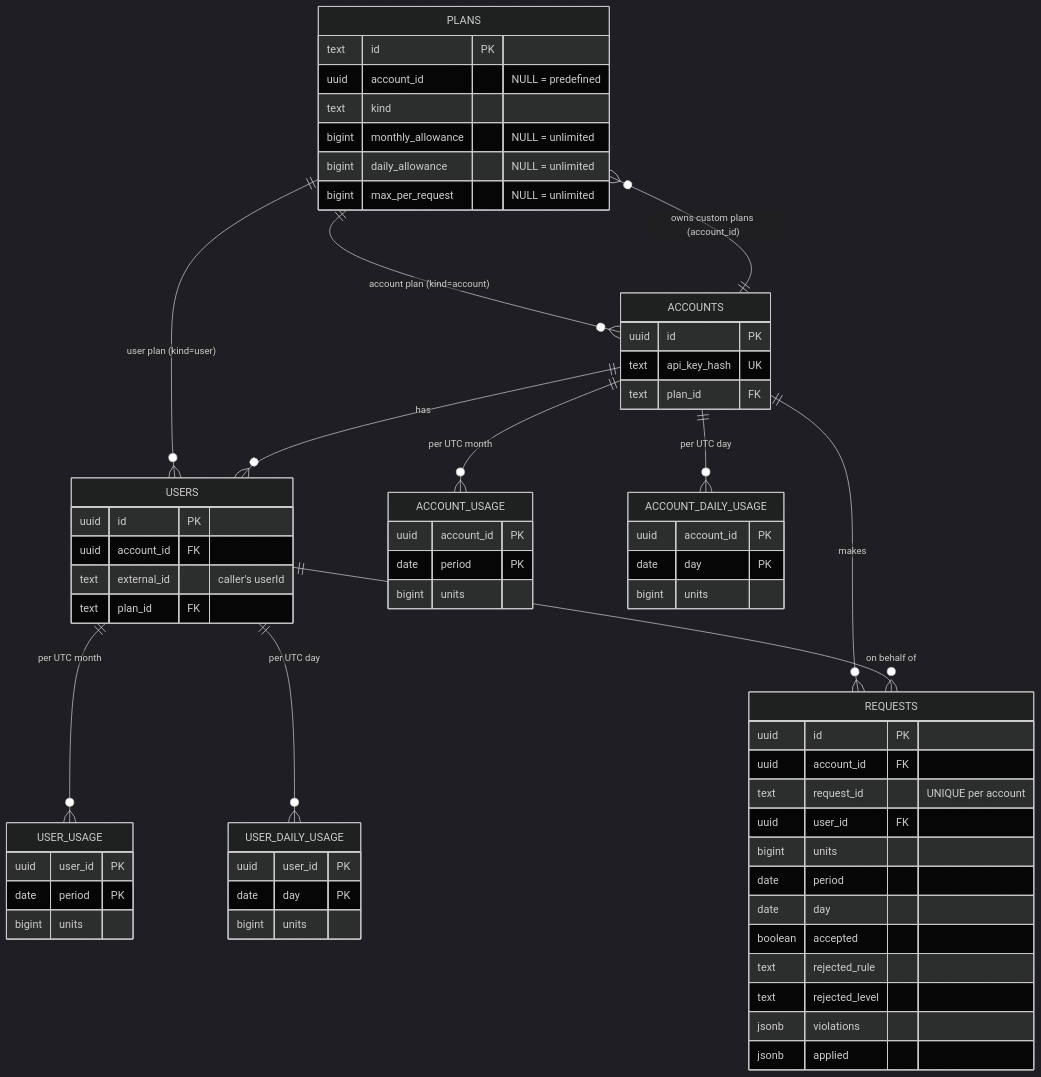
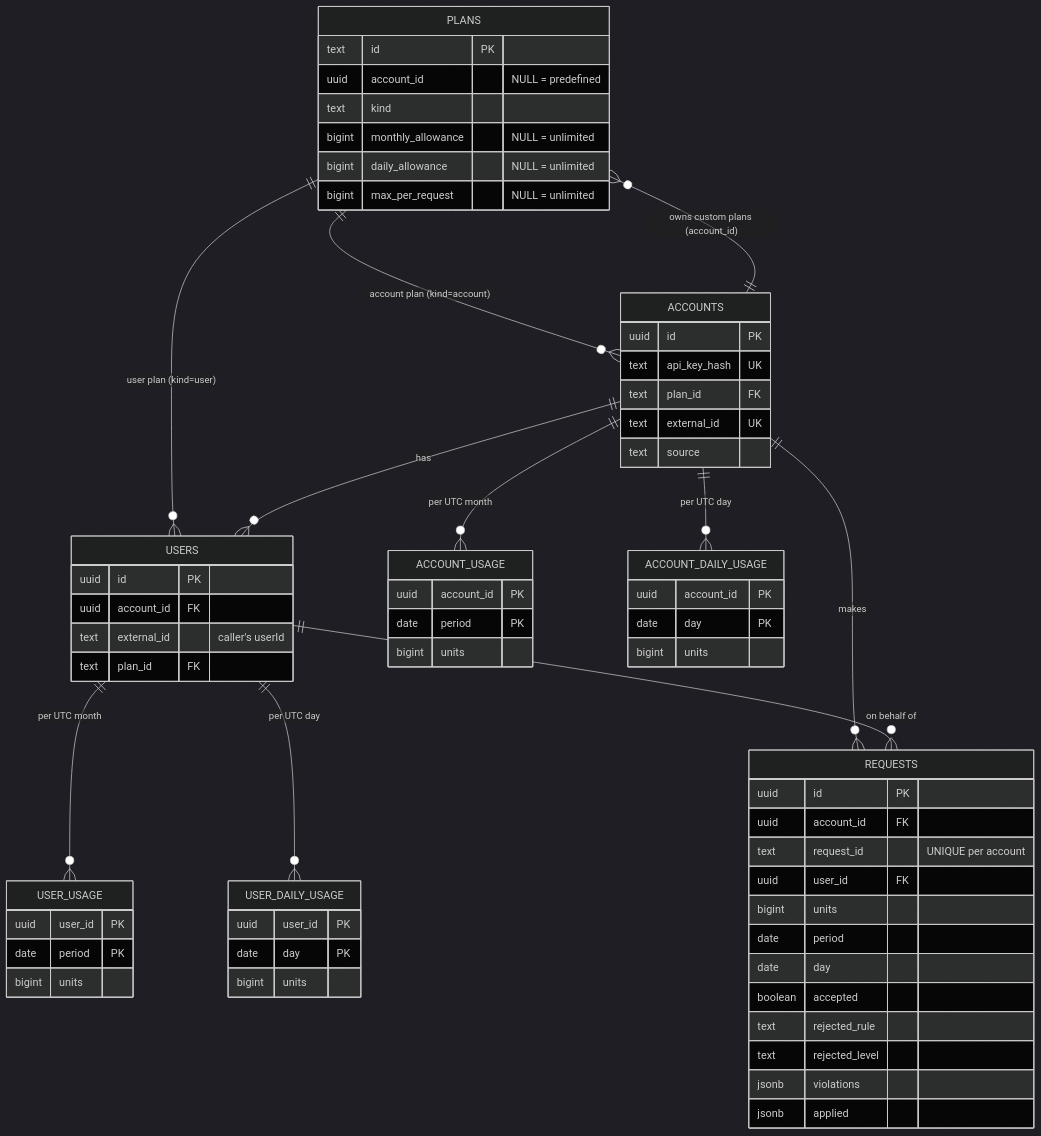
The diagram in docs/DATA_MODEL.md (Deya-Rimawi/usage-metering-quota-service), drawn with Mermaid (dark theme) before and after one commit. The commit also changed other lines of this file and 8 other files, not shown here.

````diff
--- a/docs/DATA_MODEL.md
+++ b/docs/DATA_MODEL.md
@@ -5,21 +5,21 @@
 ```mermaid
 erDiagram
   PLANS ||--o{ ACCOUNTS : "account plan (kind=account)"
   PLANS ||--o{ USERS : "user plan (kind=user)"
   ACCOUNTS ||--o{ PLANS : "owns custom plans (account_id)"
   ACCOUNTS ||--o{ USERS : has
   ACCOUNTS ||--o{ ACCOUNT_USAGE : "per UTC month"
   USERS ||--o{ USER_USAGE : "per UTC month"
   ACCOUNTS ||--o{ ACCOUNT_DAILY_USAGE : "per UTC day"
   USERS ||--o{ USER_DAILY_USAGE : "per UTC day"
   ACCOUNTS ||--o{ REQUESTS : makes
   USERS ||--o{ REQUESTS : "on behalf of"
   PLANS { text id PK  uuid account_id "NULL = predefined"  text kind  bigint monthly_allowance "NULL = unlimited"  bigint daily_allowance "NULL = unlimited"  bigint max_per_request "NULL = unlimited" }
-  ACCOUNTS { uuid id PK  text api_key_hash UK  text plan_id FK }
+  ACCOUNTS { uuid id PK  text api_key_hash UK  text plan_id FK  text external_id UK  text source }
   USERS { uuid id PK  uuid account_id FK  text external_id "caller's userId"  text plan_id FK }
   ACCOUNT_USAGE { uuid account_id PK  date period PK  bigint units }
   USER_USAGE { uuid user_id PK  date period PK  bigint units }
   ACCOUNT_DAILY_USAGE { uuid account_id PK  date day PK  bigint units }
   USER_DAILY_USAGE { uuid user_id PK  date day PK  bigint units }
   REQUESTS { uuid id PK  uuid account_id FK  text request_id "UNIQUE per account"  uuid user_id FK  bigint units  date period  date day  boolean accepted  text rejected_rule  text rejected_level  jsonb violations  jsonb applied }
 ```
````
